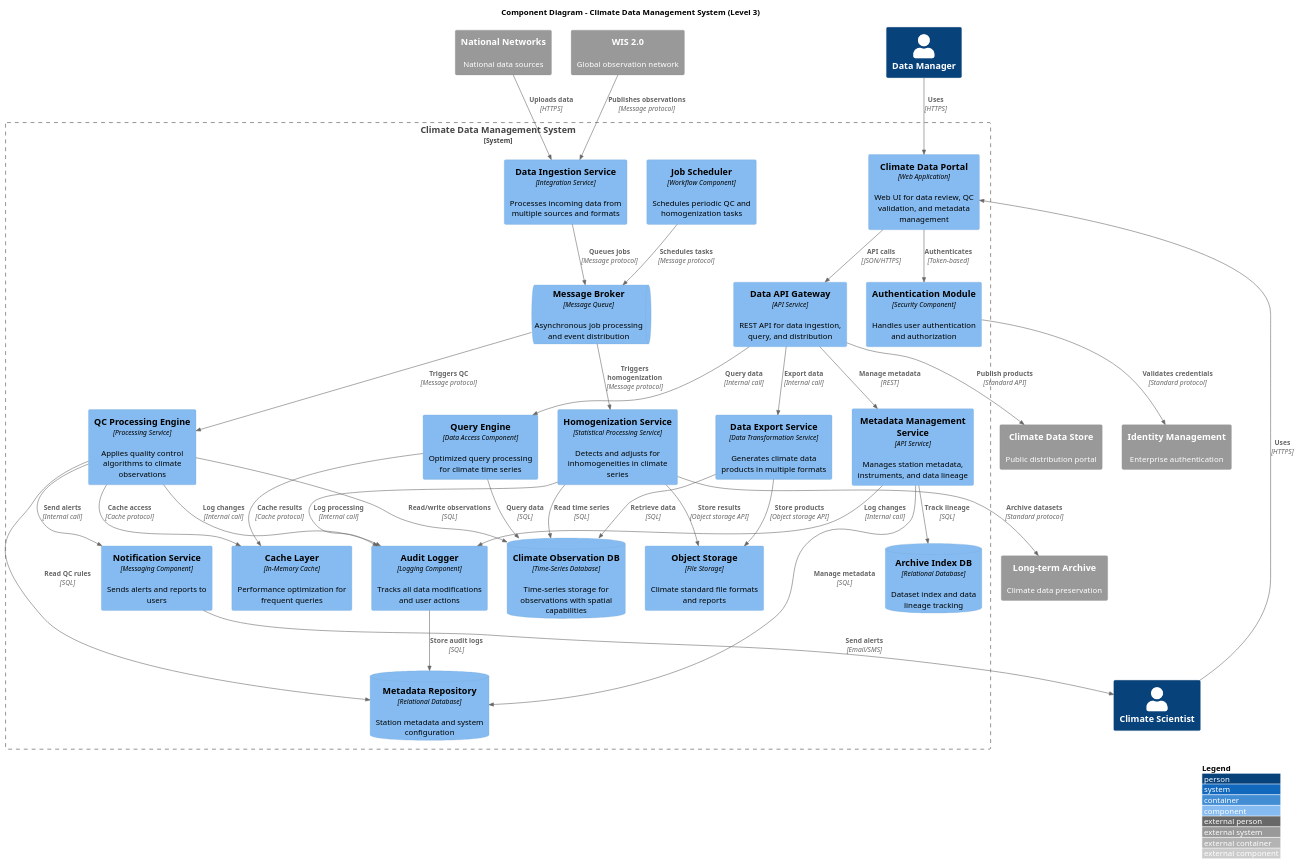
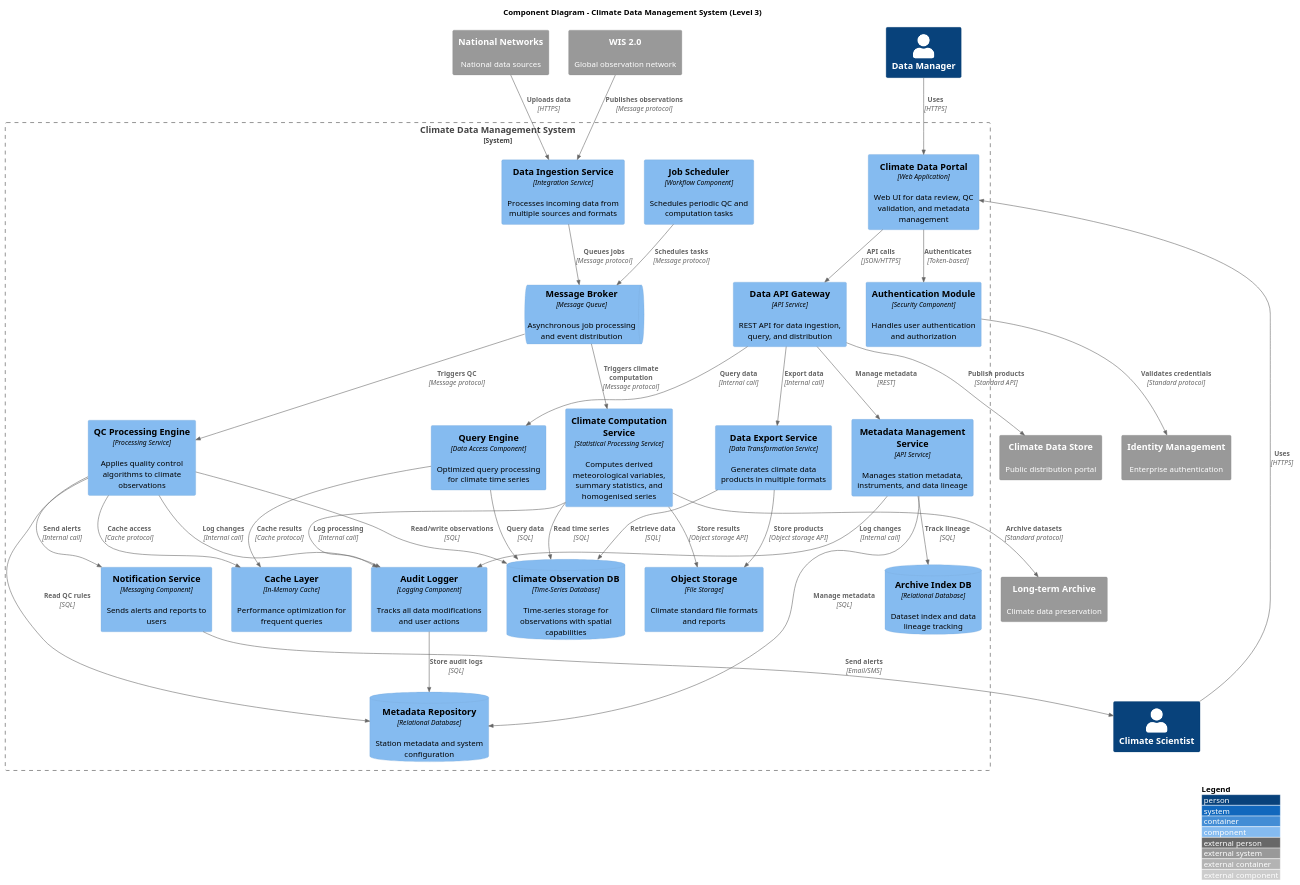
One commit to wmo-im/cdms-functional-requirements changed the diagram in standard/figures/c4_level_3.puml. Above: the diagram before and after it, drawn with PlantUML. The commit also changed 6 other files, not shown here.

```diff
--- a/standard/figures/c4_level_3.puml
+++ b/standard/figures/c4_level_3.puml
@@ -1,83 +1,83 @@
 @startuml
 !include https://raw.githubusercontent.com/plantuml-stdlib/C4-PlantUML/master/C4_Component.puml
 
 LAYOUT_WITH_LEGEND()
 
 title Component Diagram - Climate Data Management System (Level 3)
 
 System_Boundary(cdms, "Climate Data Management System") {
     Component(webapp, "Climate Data Portal", "Web Application", "Web UI for data review, QC validation, and metadata management")
     Component(api, "Data API Gateway", "API Service", "REST API for data ingestion, query, and distribution")
     Component(qcengine, "QC Processing Engine", "Processing Service", "Applies quality control algorithms to climate observations")
-    Component(homogenization, "Homogenization Service", "Statistical Processing Service", "Detects and adjusts for inhomogeneities in climate series")
+    Component(computation, "Climate Computation Service", "Statistical Processing Service", "Computes derived meteorological variables, summary statistics, and homogenised series")
     Component(metadata, "Metadata Management Service", "API Service", "Manages station metadata, instruments, and data lineage")
     Component(ingest, "Data Ingestion Service", "Integration Service", "Processes incoming data from multiple sources and formats")
 
     Component(auth, "Authentication Module", "Security Component", "Handles user authentication and authorization")
     Component(query, "Query Engine", "Data Access Component", "Optimized query processing for climate time series")
     Component(export, "Data Export Service", "Data Transformation Service", "Generates climate data products in multiple formats")
-    Component(scheduler, "Job Scheduler", "Workflow Component", "Schedules periodic QC and homogenization tasks")
+    Component(scheduler, "Job Scheduler", "Workflow Component", "Schedules periodic QC and computation tasks")
     Component(notifier, "Notification Service", "Messaging Component", "Sends alerts and reports to users")
     Component(audit, "Audit Logger", "Logging Component", "Tracks all data modifications and user actions")
 
     ComponentDb(obsdb, "Climate Observation DB", "Time-Series Database", "Time-series storage for observations with spatial capabilities")
     ComponentDb(metadb, "Metadata Repository", "Relational Database", "Station metadata and system configuration")
     ComponentDb(archivedb, "Archive Index DB", "Relational Database", "Dataset index and data lineage tracking")
     ComponentQueue(queue, "Message Broker", "Message Queue", "Asynchronous job processing and event distribution")
     Component(cache, "Cache Layer", "In-Memory Cache", "Performance optimization for frequent queries")
     Component(objectstore, "Object Storage", "File Storage", "Climate standard file formats and reports")
 }
 
 System_Ext(wis2, "WIS 2.0", "Global observation network")
 System_Ext(nationalobs, "National Networks", "National data sources")
 System_Ext(archive, "Long-term Archive", "Climate data preservation")
 System_Ext(cds, "Climate Data Store", "Public distribution portal")
 System_Ext(idms, "Identity Management", "Enterprise authentication")
 
 Person(climatologist, "Climate Scientist")
 Person(datamanager, "Data Manager")
 
 Rel(climatologist, webapp, "Uses", "HTTPS")
 Rel(datamanager, webapp, "Uses", "HTTPS")
 Rel(webapp, auth, "Authenticates", "Token-based")
 Rel(auth, idms, "Validates credentials", "Standard protocol")
 
 Rel(webapp, api, "API calls", "JSON/HTTPS")
 Rel(api, query, "Query data", "Internal call")
 Rel(api, export, "Export data", "Internal call")
 Rel(api, metadata, "Manage metadata", "REST")
 
 Rel(wis2, ingest, "Publishes observations", "Message protocol")
 Rel(nationalobs, ingest, "Uploads data", "HTTPS")
 Rel(ingest, queue, "Queues jobs", "Message protocol")
 
 Rel(queue, qcengine, "Triggers QC", "Message protocol")
-Rel(queue, homogenization, "Triggers homogenization", "Message protocol")
+Rel(queue, computation, "Triggers climate computation", "Message protocol")
 Rel(scheduler, queue, "Schedules tasks", "Message protocol")
 
 Rel(qcengine, obsdb, "Read/write observations", "SQL")
 Rel(qcengine, metadb, "Read QC rules", "SQL")
 Rel(qcengine, cache, "Cache access", "Cache protocol")
 Rel(qcengine, notifier, "Send alerts", "Internal call")
 Rel(qcengine, audit, "Log changes", "Internal call")
 
-Rel(homogenization, obsdb, "Read time series", "SQL")
-Rel(homogenization, objectstore, "Store results", "Object storage API")
-Rel(homogenization, audit, "Log processing", "Internal call")
+Rel(computation, obsdb, "Read time series", "SQL")
+Rel(computation, objectstore, "Store results", "Object storage API")
+Rel(computation, audit, "Log processing", "Internal call")
 
 Rel(query, obsdb, "Query data", "SQL")
 Rel(query, cache, "Cache results", "Cache protocol")
 Rel(export, obsdb, "Retrieve data", "SQL")
 Rel(export, objectstore, "Store products", "Object storage API")
 
 Rel(metadata, metadb, "Manage metadata", "SQL")
 Rel(metadata, archivedb, "Track lineage", "SQL")
 Rel(metadata, audit, "Log changes", "Internal call")
 
 Rel(api, cds, "Publish products", "Standard API")
-Rel(homogenization, archive, "Archive datasets", "Standard protocol")
+Rel(computation, archive, "Archive datasets", "Standard protocol")
 
 Rel(audit, metadb, "Store audit logs", "SQL")
 Rel(notifier, climatologist, "Send alerts", "Email/SMS")
 
 @enduml
```
